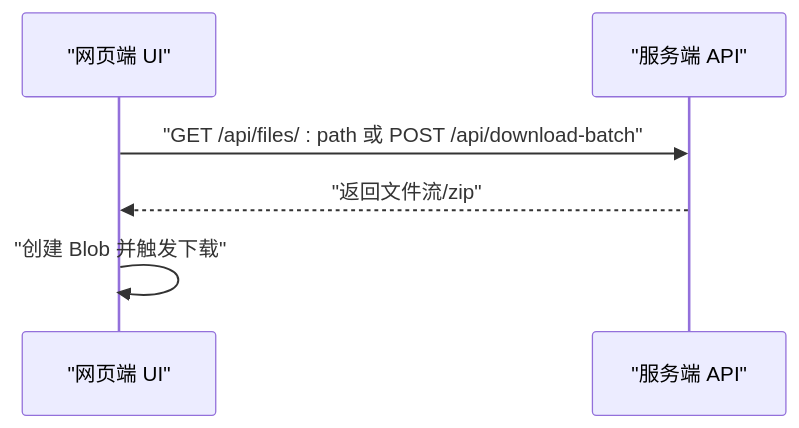
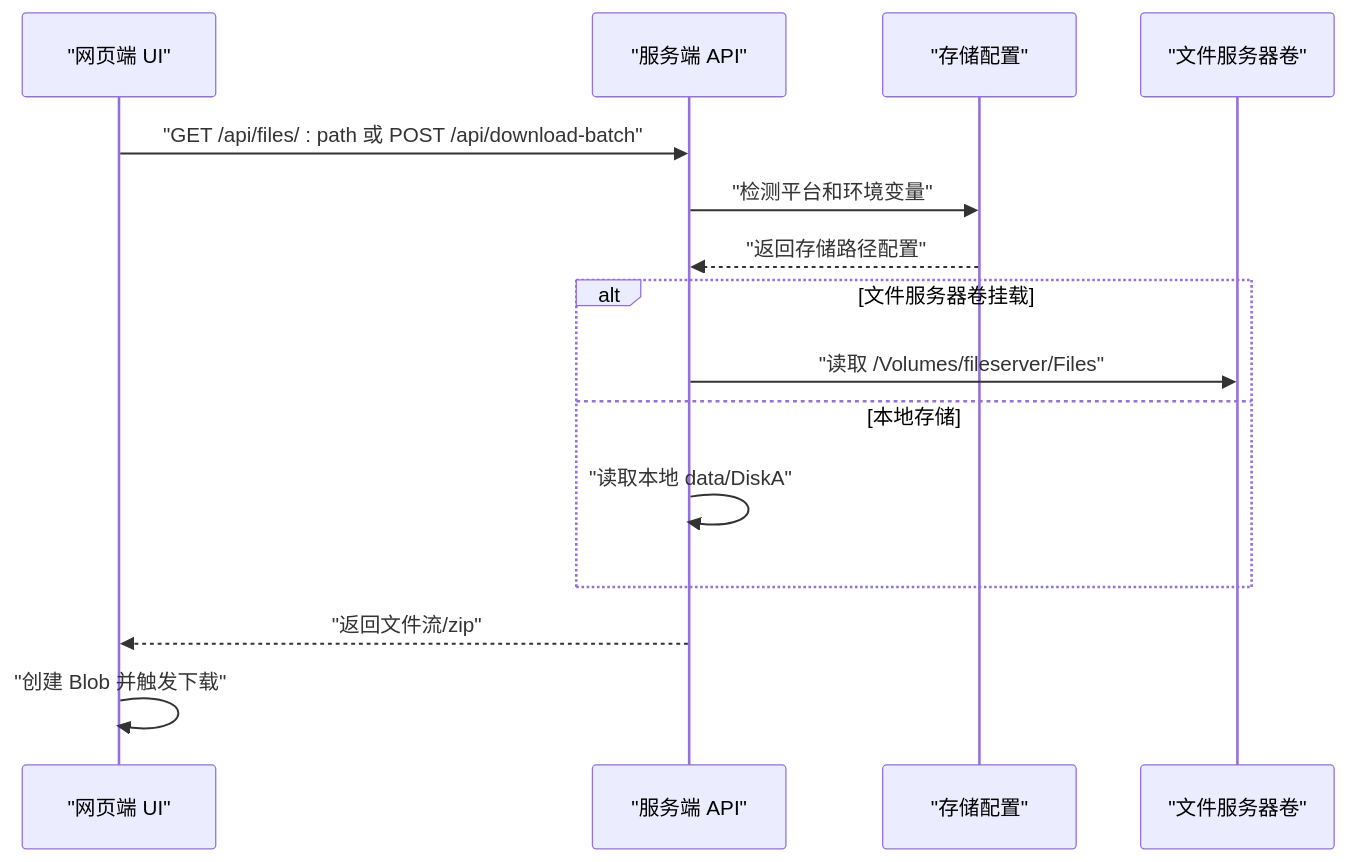
One commit to CubeEdge/Longhorn changed the fourth of 10 diagrams in .qoder/repowiki/zh/content/文件管理系统/文件管理系统.md. Above: the diagram before and after it, drawn with Mermaid. The commit also changed other lines of this file and 26 other files, not shown here.

````diff
--- a/.qoder/repowiki/zh/content/文件管理系统/文件管理系统.md
+++ b/.qoder/repowiki/zh/content/文件管理系统/文件管理系统.md
@@ -213,8 +235,17 @@
 ```mermaid
 sequenceDiagram
 participant UI as "网页端 UI"
 participant API as "服务端 API"
+participant Storage as "存储配置"
+participant FileServer as "文件服务器卷"
 UI->>API : "GET /api/files/ : path 或 POST /api/download-batch"
+API->>Storage : "检测平台和环境变量"
+Storage-->>API : "返回存储路径配置"
+alt 文件服务器卷挂载
+API->>FileServer : "读取 /Volumes/fileserver/Files"
+else 本地存储
+API->>API : "读取本地 data/DiskA"
+end
 API-->>UI : "返回文件流/zip"
 UI->>UI : "创建 Blob 并触发下载"
 ```
````
